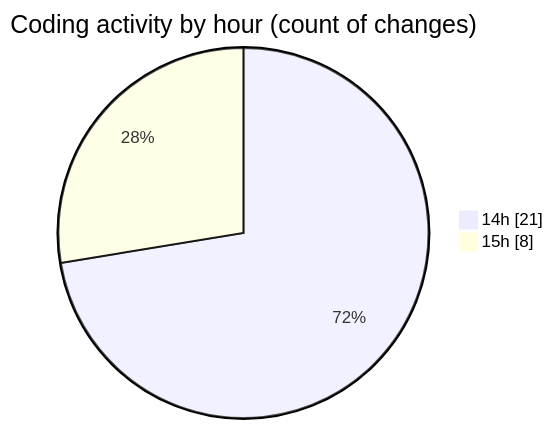
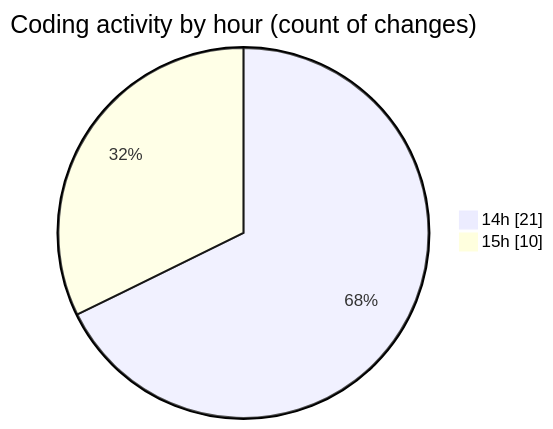
One commit to momahboobian/code-tracking changed the second of 2 diagrams in 2025-01-25/samplepdf/README.md. Above: the diagram before and after it, drawn with Mermaid. The commit also changed other lines of this file and 1 other file, not shown here.

````diff
--- a/2025-01-25/samplepdf/README.md
+++ b/2025-01-25/samplepdf/README.md
@@ -35,6 +37,6 @@
 ```mermaid
 pie showData
 title Coding activity by hour (count of changes)
 "14h" : 21
-"15h" : 8
+"15h" : 10
 ```
````
